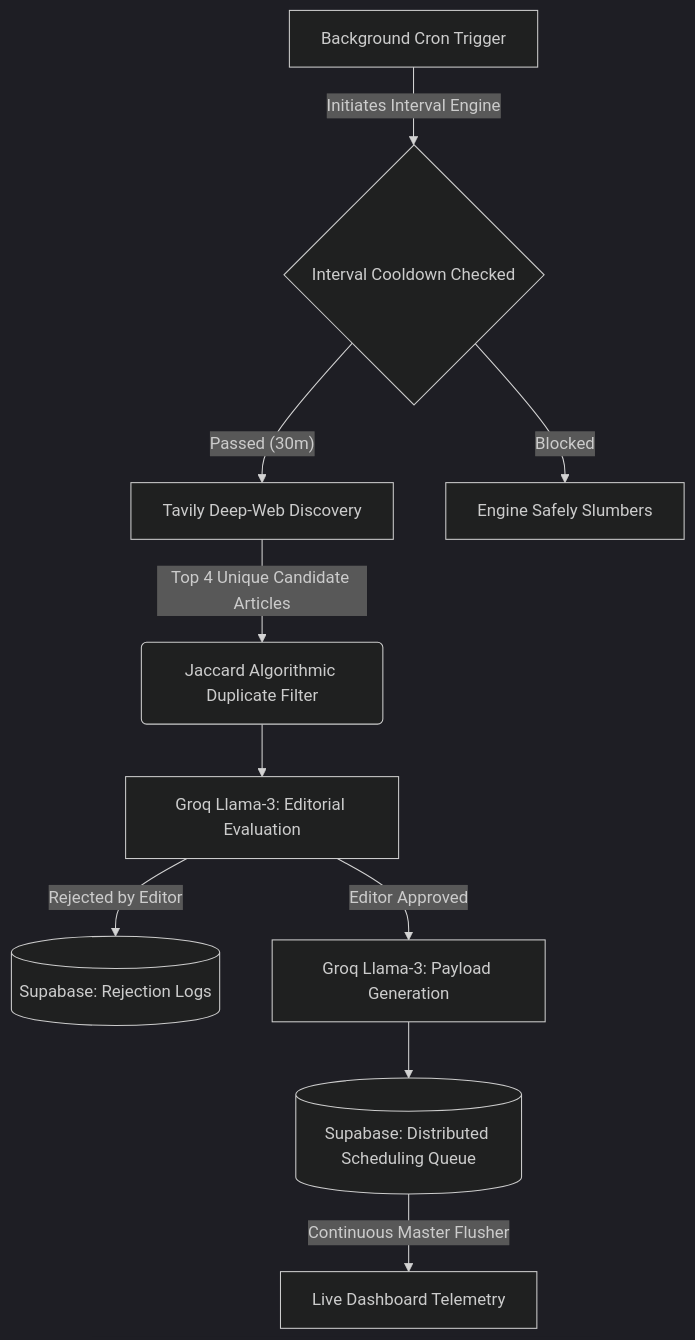
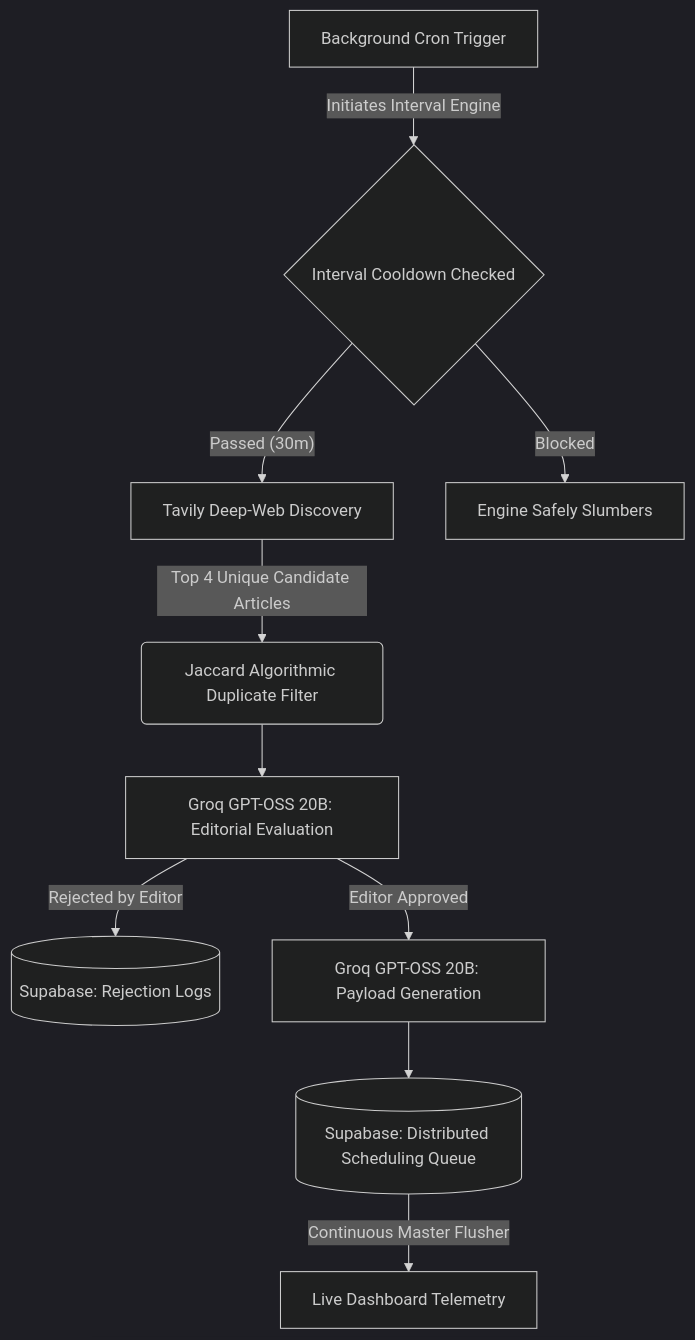
The diagram in README.md (VIBHUKATYAL/maya), drawn with Mermaid (dark theme) before and after one commit. The commit also changed other lines of this file and 3 other files, not shown here.

````diff
--- a/README.md
+++ b/README.md
@@ -33,12 +33,12 @@
 ```mermaid
 graph TD;
     A[Background Cron Trigger] -->|Initiates Interval Engine| B{Interval Cooldown Checked}
     B -- Passed (30m) --> C[Tavily Deep-Web Discovery]
     B -- Blocked --> Z[Engine Safely Slumbers]
     C -->|Top 4 Unique Candidate Articles| D(Jaccard Algorithmic Duplicate Filter)
-    D --> E[Groq Llama-3: Editorial Evaluation]
+    D --> E[Groq GPT-OSS 20B: Editorial Evaluation]
     E -- Rejected by Editor --> F[(Supabase: Rejection Logs)]
-    E -- Editor Approved --> G[Groq Llama-3: Payload Generation]
+    E -- Editor Approved --> G[Groq GPT-OSS 20B: Payload Generation]
     G --> H[(Supabase: Distributed Scheduling Queue)]
     H -->|Continuous Master Flusher| I[Live Dashboard Telemetry]
 ```
````
